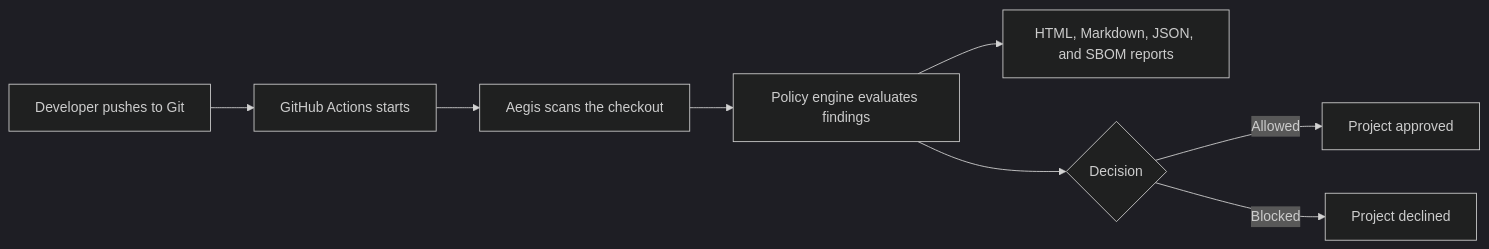
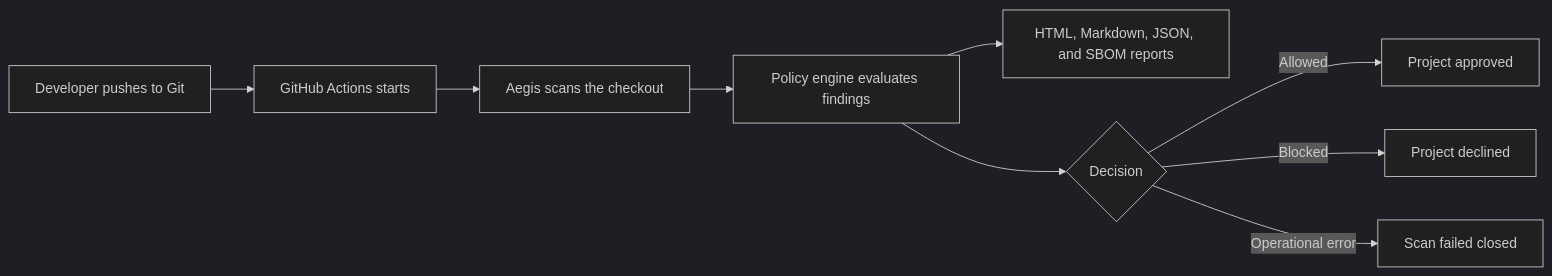
One commit to huslenine999/aegis changed the first of 2 diagrams in README.md. Above: the diagram before and after it, drawn with Mermaid (dark theme). The commit also changed other lines of this file and 10 other files, not shown here.

````diff
--- a/README.md
+++ b/README.md
@@ -262,10 +274,11 @@
 ```mermaid
 graph LR
     Push[Developer pushes to Git] --> Action[GitHub Actions starts]
     Action --> Scan[Aegis scans the checkout]
     Scan --> Policy[Policy engine evaluates findings]
     Policy --> Reports[HTML, Markdown, JSON, and SBOM reports]
     Policy --> Decision{Decision}
     Decision -->|Allowed| Approved[Project approved]
     Decision -->|Blocked| Declined[Project declined]
+    Decision -->|Operational error| Error[Scan failed closed]
 ```
````
